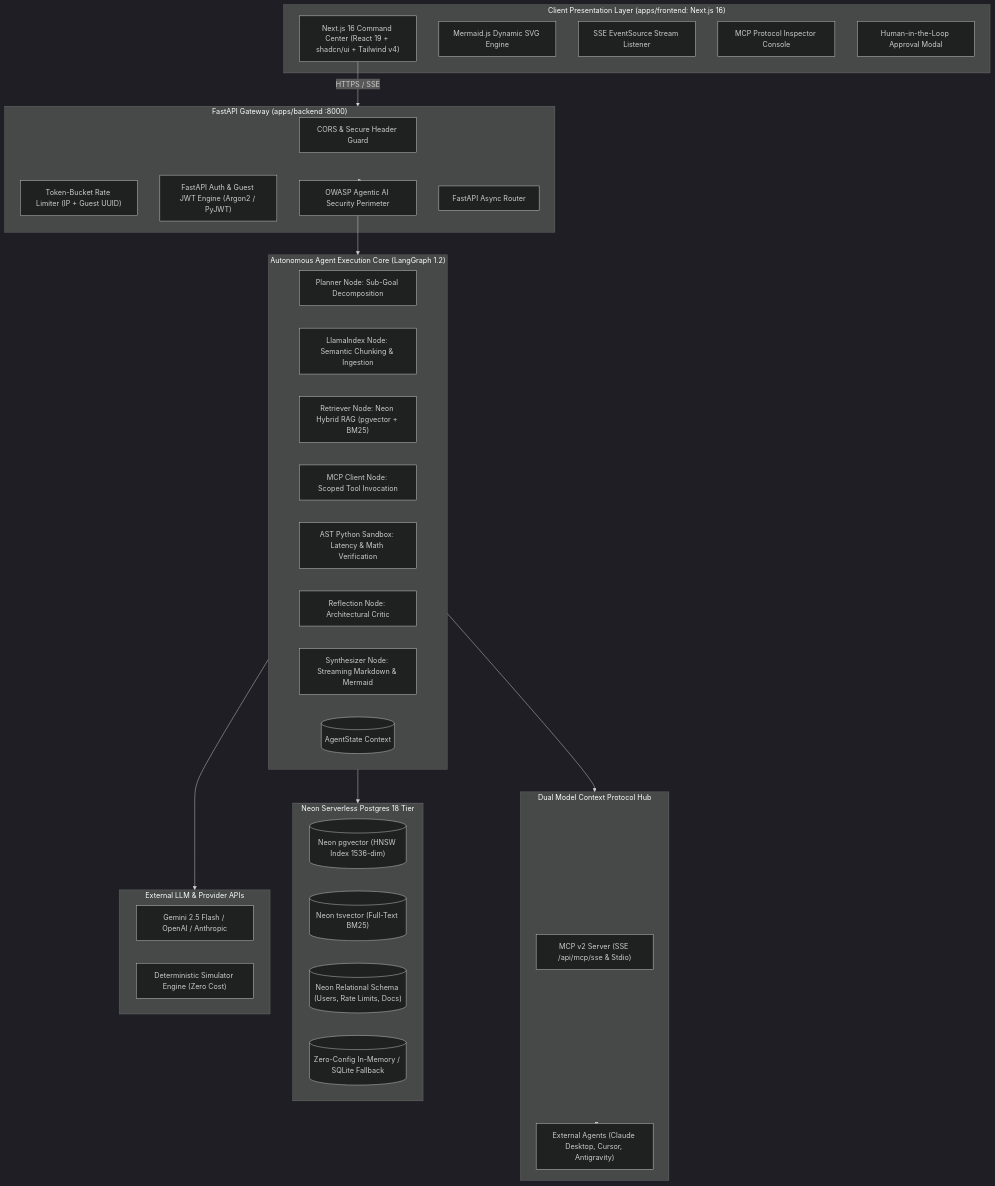
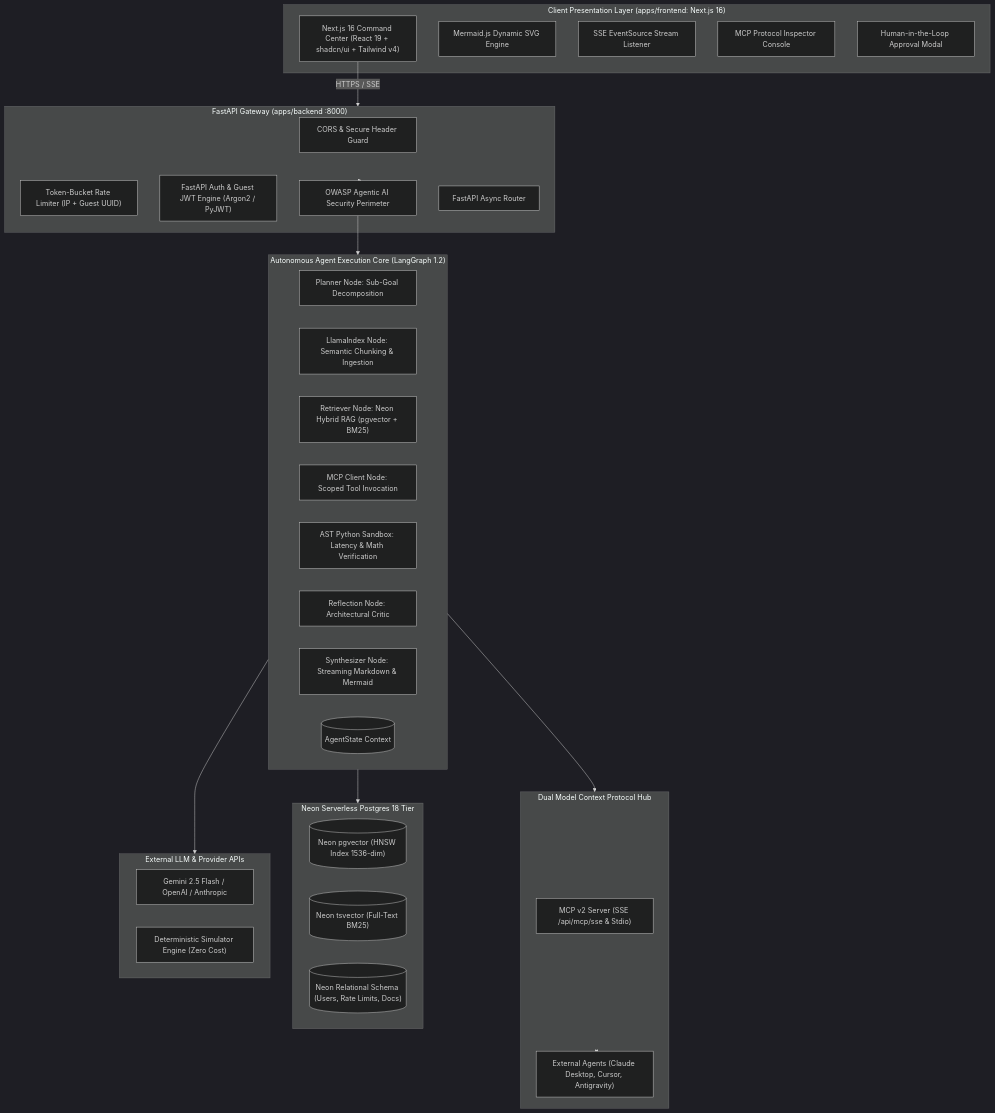
One commit to Avinaba-Mazumdar/nexusagent-oss changed the first of 2 diagrams in target/ARCHITECTURE.md. Above: the diagram before and after it, drawn with Mermaid (dark theme). The commit also changed other lines of this file and 23 other files, not shown here.

Commit message:
feat: initialize core application scaffolding with frontend UI, backend API, and database schema

````diff
--- a/target/ARCHITECTURE.md
+++ b/target/ARCHITECTURE.md
@@ -108,54 +106,53 @@
 ```mermaid
 graph TB
     subgraph ClientLayer ["Client Presentation Layer (apps/frontend: Next.js 16)"]
         UI["Next.js 16 Command Center (React 19 + shadcn/ui + Tailwind v4)"]
         MermaidRender["Mermaid.js Dynamic SVG Engine"]
         SSEClient["SSE EventSource Stream Listener"]
         MCPInspectorUI["MCP Protocol Inspector Console"]
         HITLModal["Human-in-the-Loop Approval Modal"]
     end
 
     subgraph GatewayLayer ["FastAPI Gateway (apps/backend :8000)"]
         CORS["CORS & Secure Header Guard"]
         RateLimiter["Token-Bucket Rate Limiter (IP + Guest UUID)"]
         AuthModule["FastAPI Auth & Guest JWT Engine (Argon2 / PyJWT)"]
         OWASPShield["OWASP Agentic AI Security Perimeter"]
         Router["FastAPI Async Router"]
     end
 
     subgraph AgentCore ["Autonomous Agent Execution Core (LangGraph 1.2)"]
         PlannerNode["Planner Node: Sub-Goal Decomposition"]
         LlamaParser["LlamaIndex Node: Semantic Chunking & Ingestion"]
         RetrieverNode["Retriever Node: Neon Hybrid RAG (pgvector + BM25)"]
         MCPNode["MCP Client Node: Scoped Tool Invocation"]
         SandboxNode["AST Python Sandbox: Latency & Math Verification"]
         ReflectionNode["Reflection Node: Architectural Critic"]
         SynthesizerNode["Synthesizer Node: Streaming Markdown & Mermaid"]
         GraphState[("AgentState Context")]
     end
 
     subgraph MCPHub ["Dual Model Context Protocol Hub"]
         MCPServer["MCP v2 Server (SSE /api/mcp/sse & Stdio)"]
         ExternalClients["External Agents (Claude Desktop, Cursor, Antigravity)"]
     end
 
     subgraph NeonDataLayer ["Neon Serverless Postgres 18 Tier"]
         PgVectorStore[("Neon pgvector (HNSW Index 1536-dim)")]
         PgLexicalStore[("Neon tsvector (Full-Text BM25)")]
         NeonRelationalStore[("Neon Relational Schema (Users, Rate Limits, Docs)")]
-        LocalFallback[("Zero-Config In-Memory / SQLite Fallback")]
     end
 
     subgraph ExternalServices ["External LLM & Provider APIs"]
         GeminiFlash["Gemini 2.5 Flash / OpenAI / Anthropic"]
         SimEngine["Deterministic Simulator Engine (Zero Cost)"]
     end
 
     UI -->|HTTPS / SSE| GatewayLayer
     GatewayLayer --> OWASPShield
     OWASPShield --> AgentCore
     AgentCore --> MCPHub
     AgentCore --> NeonDataLayer
     AgentCore --> ExternalServices
     MCPHub <--> ExternalClients
 ```
````
